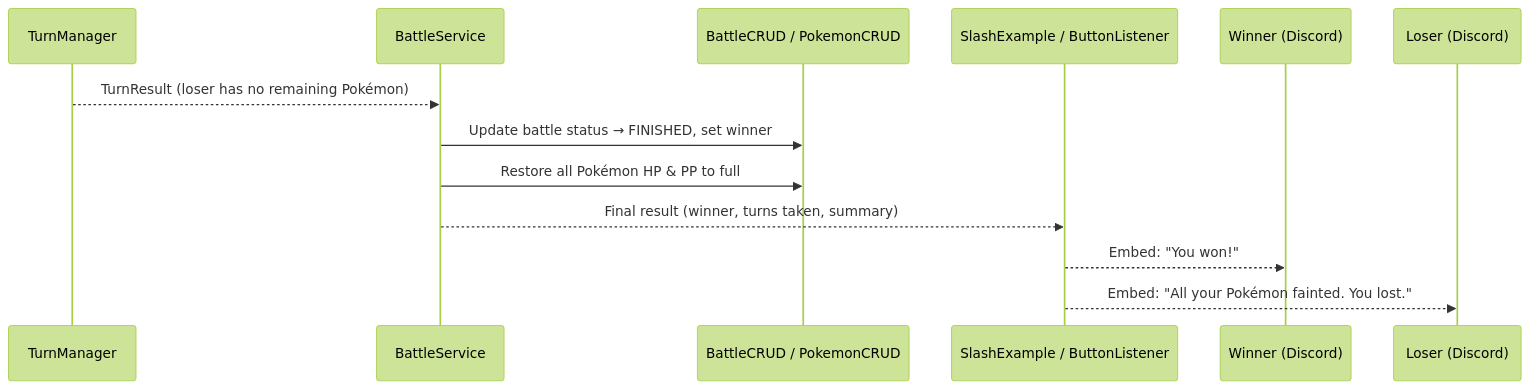
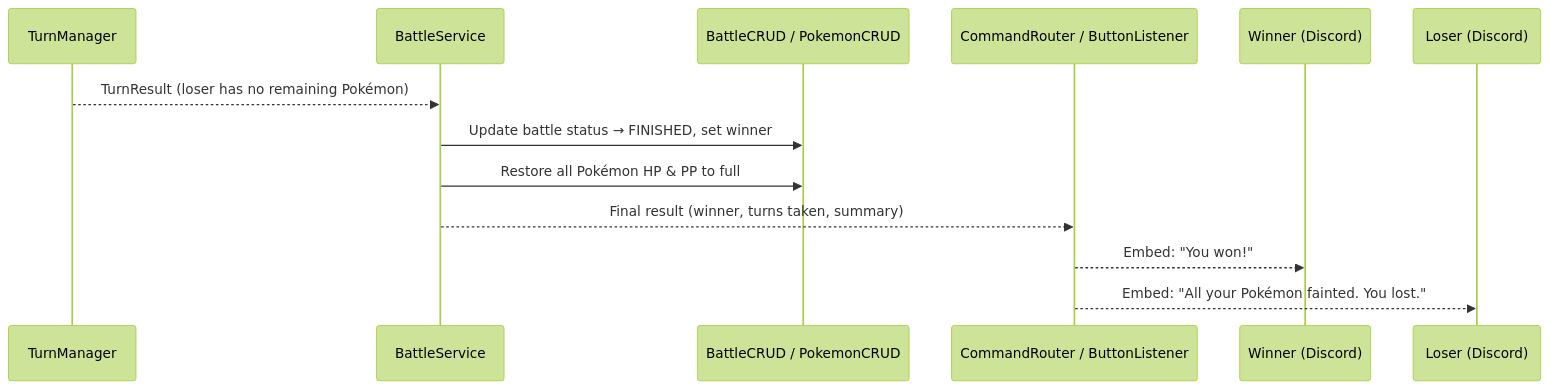
One commit to Saerkyne/pokemon-oop changed the fifth of 7 diagrams in Documentation/Battle-Loop-Project-Guide.md. Above: the diagram before and after it, drawn with Mermaid (forest theme). The commit also changed other lines of this file and 183 other files, not shown here.

````diff
--- a/Documentation/Battle-Loop-Project-Guide.md
+++ b/Documentation/Battle-Loop-Project-Guide.md
@@ -289,16 +289,16 @@
 ```mermaid
 sequenceDiagram
     participant TM as TurnManager
     participant BS as BattleService
     participant DB as BattleCRUD / PokemonCRUD
-    participant Bot as SlashExample / ButtonListener
+    participant Bot as CommandRouter / ButtonListener
     participant U1 as Winner (Discord)
     participant U2 as Loser (Discord)
 
     TM-->>BS: TurnResult (loser has no remaining Pokémon)
     BS->>DB: Update battle status → FINISHED, set winner
     BS->>DB: Restore all Pokémon HP & PP to full
     BS-->>Bot: Final result (winner, turns taken, summary)
     Bot-->>U1: Embed: "You won!"
     Bot-->>U2: Embed: "All your Pokémon fainted. You lost."
 ```
````
